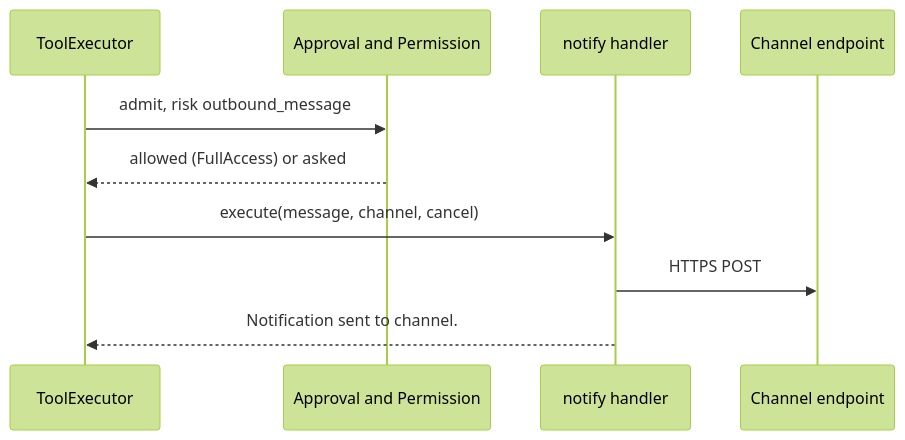
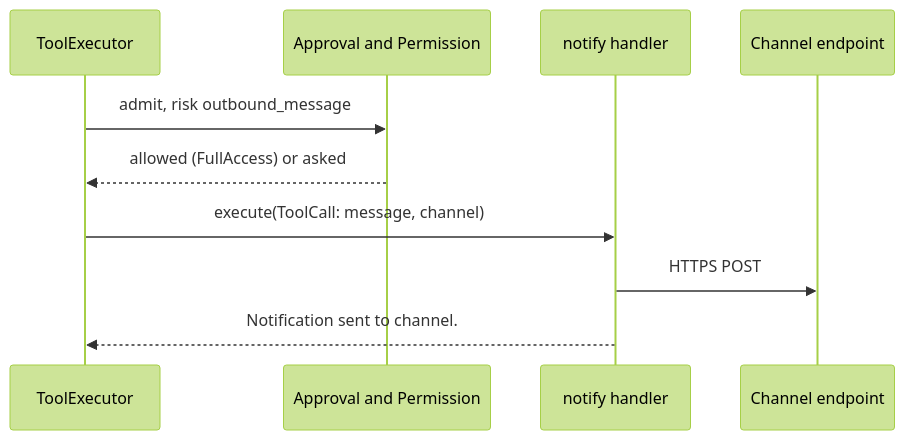
Before and after one commit to CoutinhoTTS/dim-agent: the fifth of 6 diagrams in docs/design/plugins/Notifications.md, drawn with Mermaid (forest theme). The commit also changed other lines of this file and 3 other files, not shown here.

````diff
--- a/docs/design/plugins/Notifications.md
+++ b/docs/design/plugins/Notifications.md
@@ -115,12 +115,12 @@
 ```mermaid
 sequenceDiagram
   participant TE as ToolExecutor
   participant AP as Approval and Permission
   participant NP as notify handler
   participant CH as Channel endpoint
   TE->>AP: admit, risk outbound_message
   AP-->>TE: allowed (FullAccess) or asked
-  TE->>NP: execute(message, channel, cancel)
+  TE->>NP: execute(ToolCall: message, channel)
   NP->>CH: HTTPS POST
   NP-->>TE: Notification sent to channel.
 ```
````
